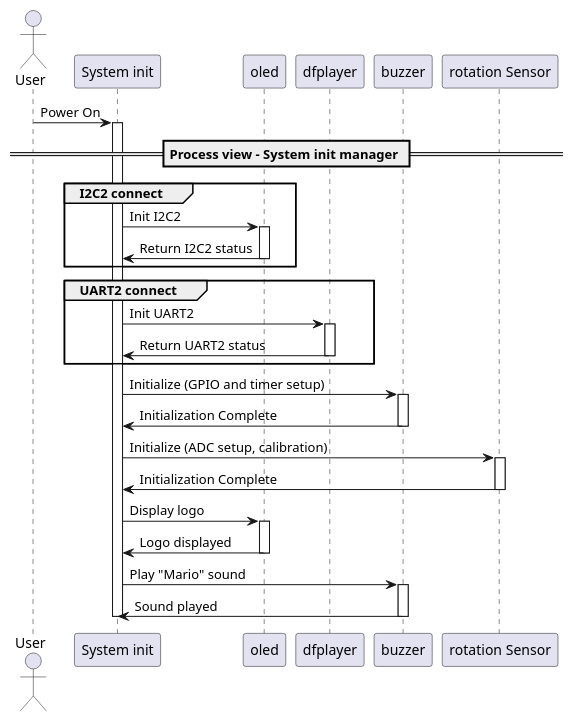
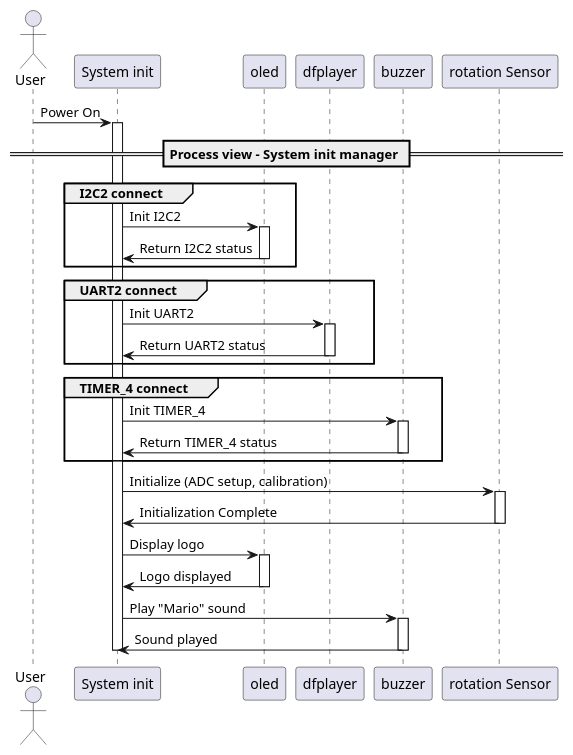
One commit to toannguyentien-itr-intern/MP3_Player changed the diagram in Documents/Seqence_diagram/Initialzation.wsd. Above: the diagram before and after it, drawn with PlantUML.

Commit message:
Update: Optimize the group TIMER_4 connect

```diff
--- a/Documents/Seqence_diagram/Initialzation.wsd
+++ b/Documents/Seqence_diagram/Initialzation.wsd
@@ -1,51 +1,52 @@
 @startuml Initialization
 
 actor User
 participant "System init"   as    MainSystem
 participant OLED            as    "oled"
 participant DFPlayer        as    "dfplayer"
 participant Buzzer          as    "buzzer"
 participant RotationSensor  as    "rotation Sensor" 
 
 User -> MainSystem: Power On
 activate MainSystem
 
 == Process view - System init manager ==
 
 group I2C2 connect
 MainSystem -> OLED: Init I2C2 
 activate OLED
 OLED -> MainSystem: Return I2C2 status
 deactivate OLED
 end
 
 group UART2 connect
 MainSystem -> DFPlayer: Init UART2
 activate DFPlayer
 DFPlayer -> MainSystem: Return UART2 status
 deactivate DFPlayer
 end
 
-
-MainSystem -> Buzzer: Initialize (GPIO and timer setup)
+group TIMER_4 connect
+MainSystem -> Buzzer: Init TIMER_4
 activate Buzzer
-Buzzer -> MainSystem: Initialization Complete
+Buzzer -> MainSystem: Return TIMER_4 status
 deactivate Buzzer
+end
 
 MainSystem -> RotationSensor: Initialize (ADC setup, calibration)
 activate RotationSensor
 RotationSensor -> MainSystem: Initialization Complete
 deactivate RotationSensor
 
 MainSystem -> OLED: Display logo
 activate OLED
 OLED -> MainSystem: Logo displayed
 deactivate OLED
 
 MainSystem -> Buzzer: Play "Mario" sound
 activate Buzzer
 Buzzer -> MainSystem: Sound played
 deactivate Buzzer
 
 deactivate MainSystem
 @enduml
```
